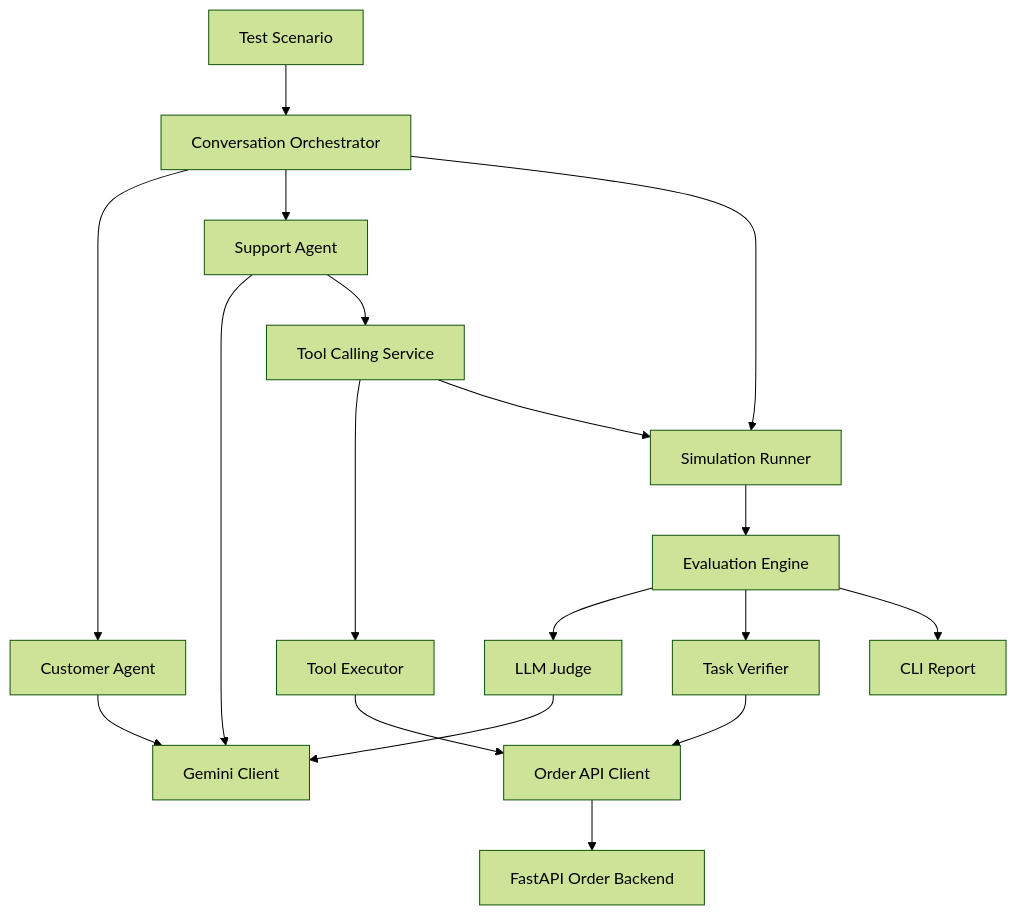
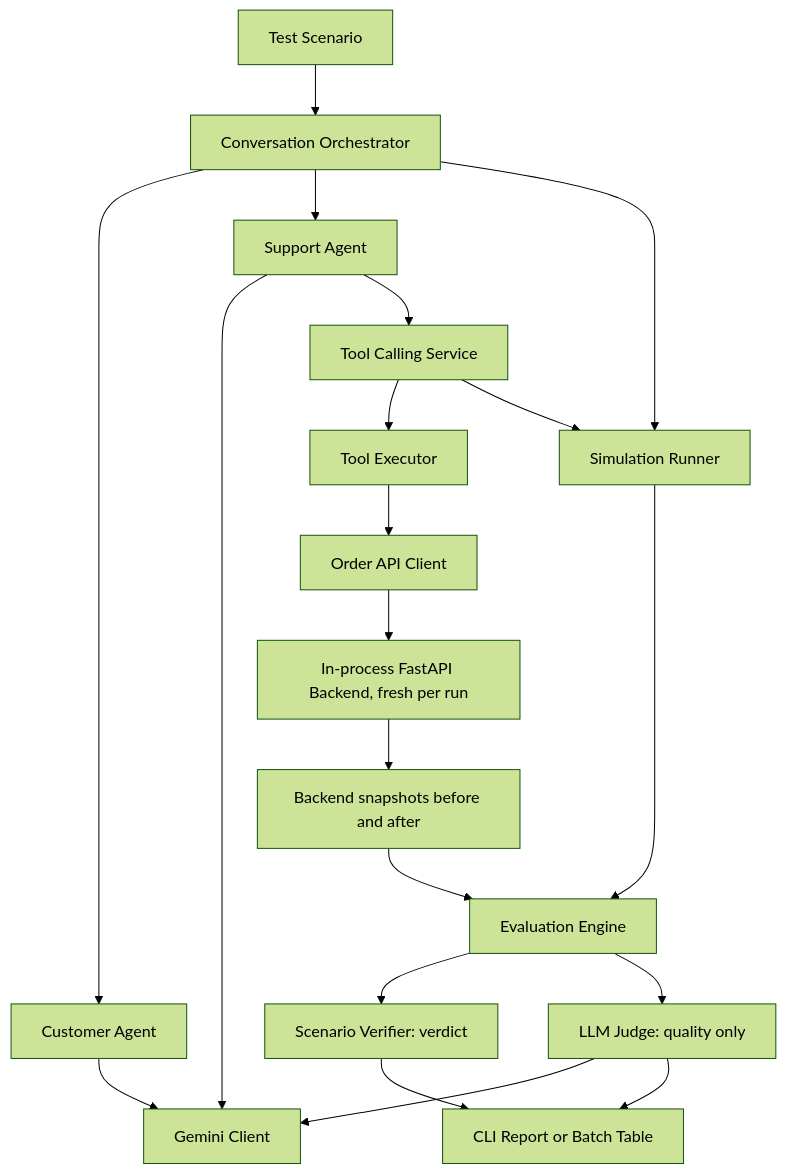
One commit to sudemut/voice-agent-stress-lab changed the first of 2 diagrams in README.md. Above: the diagram before and after it, drawn with Mermaid (forest theme). The commit also changed other lines of this file and 51 other files, not shown here.

````diff
--- a/README.md
+++ b/README.md
@@ -39,20 +41,22 @@
 ```mermaid
 flowchart TD
     Scenario["Test Scenario"] --> Orchestrator["Conversation Orchestrator"]
     Orchestrator --> Customer["Customer Agent"]
     Orchestrator --> Support["Support Agent"]
     Customer --> Gemini["Gemini Client"]
     Support --> Gemini
     Support --> Tools["Tool Calling Service"]
     Tools --> Executor["Tool Executor"]
     Executor --> Client["Order API Client"]
-    Client --> Backend["FastAPI Order Backend"]
+    Client --> Backend["In-process FastAPI Backend, fresh per run"]
     Orchestrator --> Runner["Simulation Runner"]
     Tools --> Runner
     Runner --> Evaluation["Evaluation Engine"]
-    Evaluation --> Judge["LLM Judge"]
-    Evaluation --> Verifier["Task Verifier"]
+    Backend --> Snapshots["Backend snapshots before and after"]
+    Snapshots --> Evaluation
+    Evaluation --> Verifier["Scenario Verifier: verdict"]
+    Evaluation --> Judge["LLM Judge: quality only"]
     Judge --> Gemini
-    Verifier --> Client
-    Evaluation --> Report["CLI Report"]
+    Verifier --> Report["CLI Report or Batch Table"]
+    Judge --> Report
 ```
````
